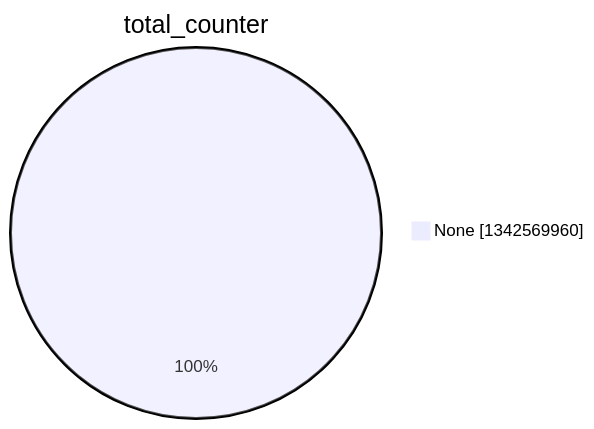
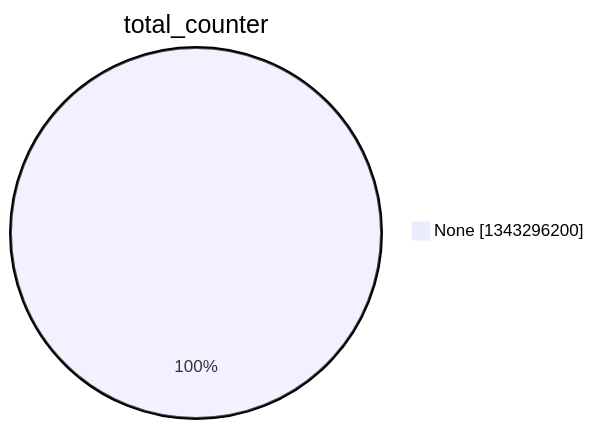
The second of 15 diagrams in argon2022/README.md (christiankrug/ctmonitor_visualization), drawn with Mermaid before and after one commit. The commit also changed other lines of this file, not shown here.

````diff
--- a/argon2022/README.md
+++ b/argon2022/README.md
@@ -9,5 +9,5 @@
 ```mermaid
 pie showData
 title total_counter
-"None" :1342569960
+"None" :1343296200
 ```
````
